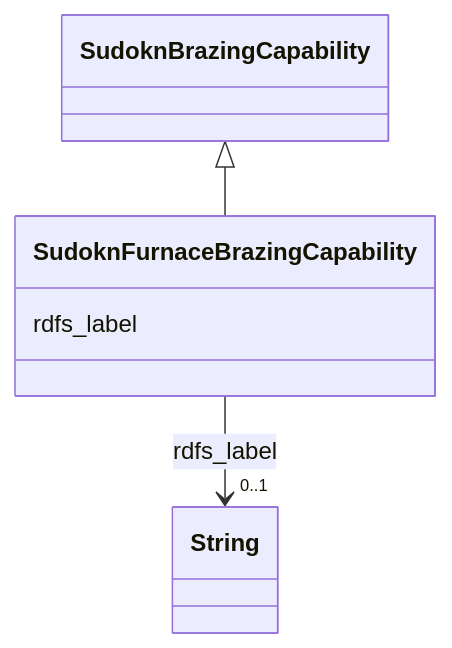
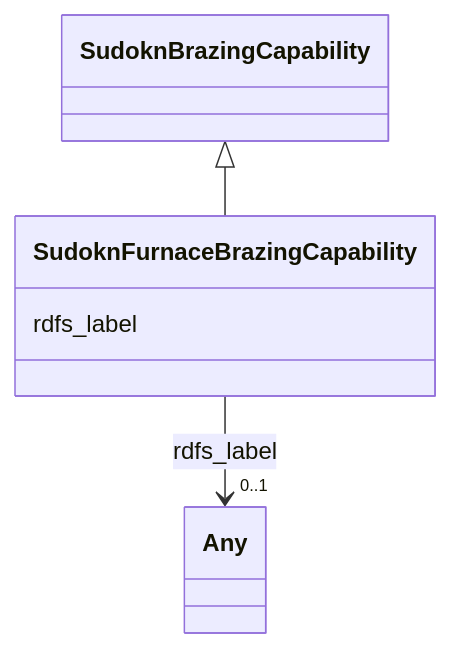
Before and after one commit to frink-okn/graph-descriptions: the diagram in sudokn-kg/classes/SudoknFurnaceBrazingCapability.md, drawn with Mermaid. The commit also changed other lines of this file and 903 other files, not shown here.

````diff
--- a/sudokn-kg/classes/SudoknFurnaceBrazingCapability.md
+++ b/sudokn-kg/classes/SudoknFurnaceBrazingCapability.md
@@ -23,18 +16,18 @@
 ```mermaid
  classDiagram
     class SudoknFurnaceBrazingCapability
     click SudoknFurnaceBrazingCapability href "../SudoknFurnaceBrazingCapability"
       SudoknBrazingCapability <|-- SudoknFurnaceBrazingCapability
         click SudoknBrazingCapability href "../SudoknBrazingCapability"
       
       SudoknFurnaceBrazingCapability : rdfs_label
         
           
     
     
-    SudoknFurnaceBrazingCapability --> "0..1" String : rdfs_label
-    click String href "../String"
+    SudoknFurnaceBrazingCapability --> "0..1" Any : rdfs_label
+    click Any href "../Any"
 
         
       
 ```
````
